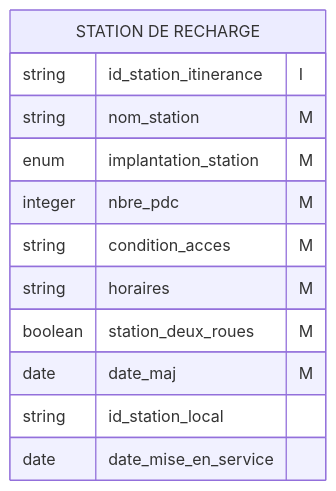
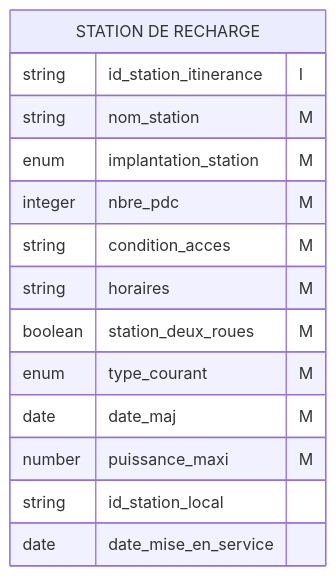
Before and after one commit to MTES-MCT/qualicharge: diagram 12 of 16 in docs/modele.md, drawn with Mermaid. The commit also changed other lines of this file, not shown here.

````diff
--- a/docs/modele.md
+++ b/docs/modele.md
@@ -268,15 +268,17 @@
 ```mermaid
 erDiagram
 "STATION DE RECHARGE" {
   string  id_station_itinerance "I"
   string  nom_station "M"
   enum    implantation_station "M"
   integer nbre_pdc "M"
   string  condition_acces "M"
   string  horaires "M"
   boolean station_deux_roues "M"
+  enum    type_courant "M"
   date    date_maj "M"
+  number  puissance_maxi "M"
   string  id_station_local
-  date    date_mise_en_service 
+  date    date_mise_en_service
   }
 ```
````
